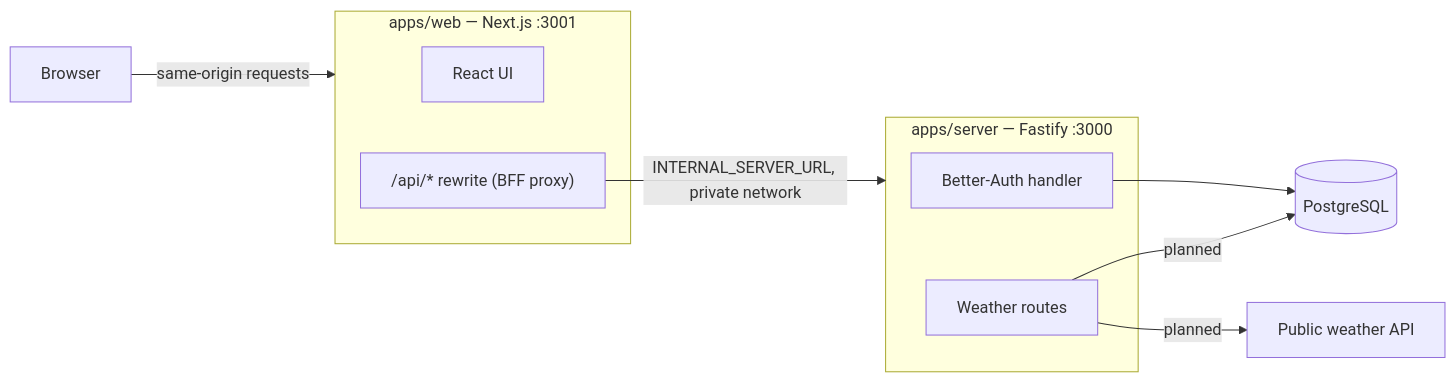
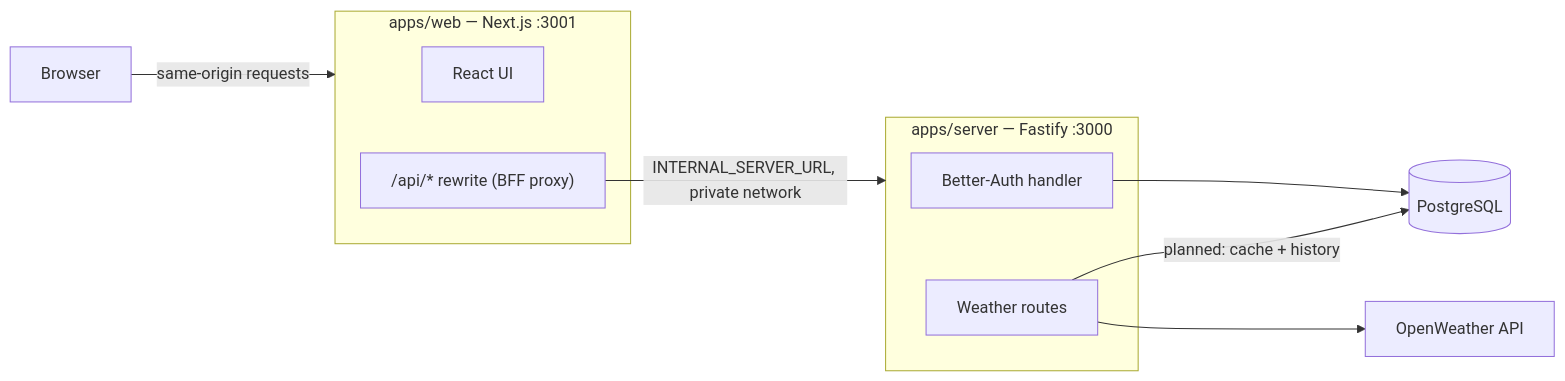
Before and after one commit to CallumHughes/weather-app: the diagram in ARCHITECTURE.md, drawn with Mermaid. The commit also changed other lines of this file and 32 other files, not shown here.

First line of the commit message:
feat: weather search vertical slice with OpenWeather (#4)

````diff
--- a/ARCHITECTURE.md
+++ b/ARCHITECTURE.md
@@ -7,20 +7,20 @@
 ```mermaid
 graph LR
   B[Browser]
   subgraph Web["apps/web — Next.js :3001"]
     UI[React UI]
     RW["/api/* rewrite (BFF proxy)"]
   end
   subgraph API["apps/server — Fastify :3000"]
     AUTH[Better-Auth handler]
     WX[Weather routes]
   end
   DB[(PostgreSQL)]
-  EXT[Public weather API]
+  EXT[OpenWeather API]
 
   B -->|same-origin requests| Web
   RW -->|INTERNAL_SERVER_URL, private network| API
   AUTH --> DB
-  WX -->|planned| DB
-  WX -->|planned| EXT
+  WX -->|planned: cache + history| DB
+  WX --> EXT
 ```
````
